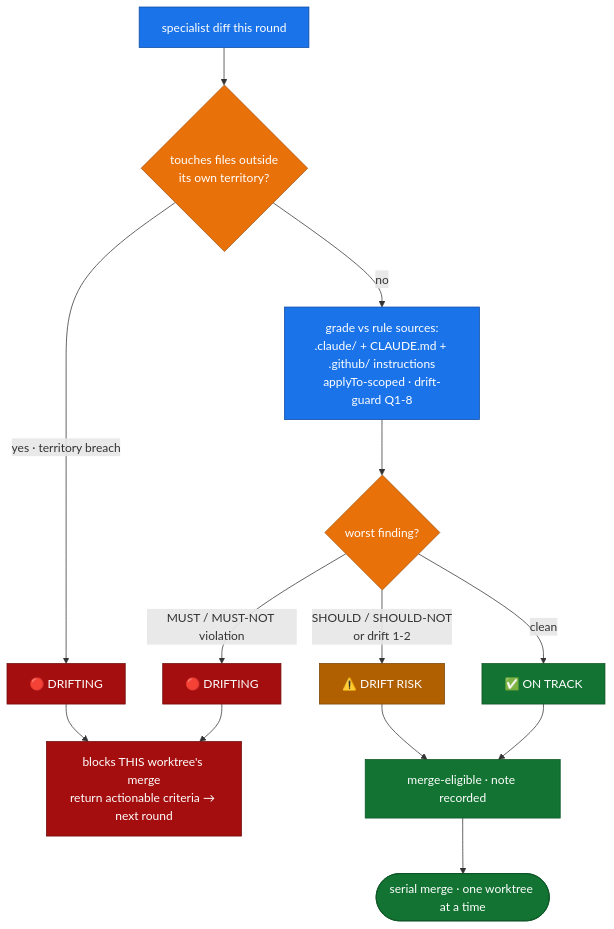
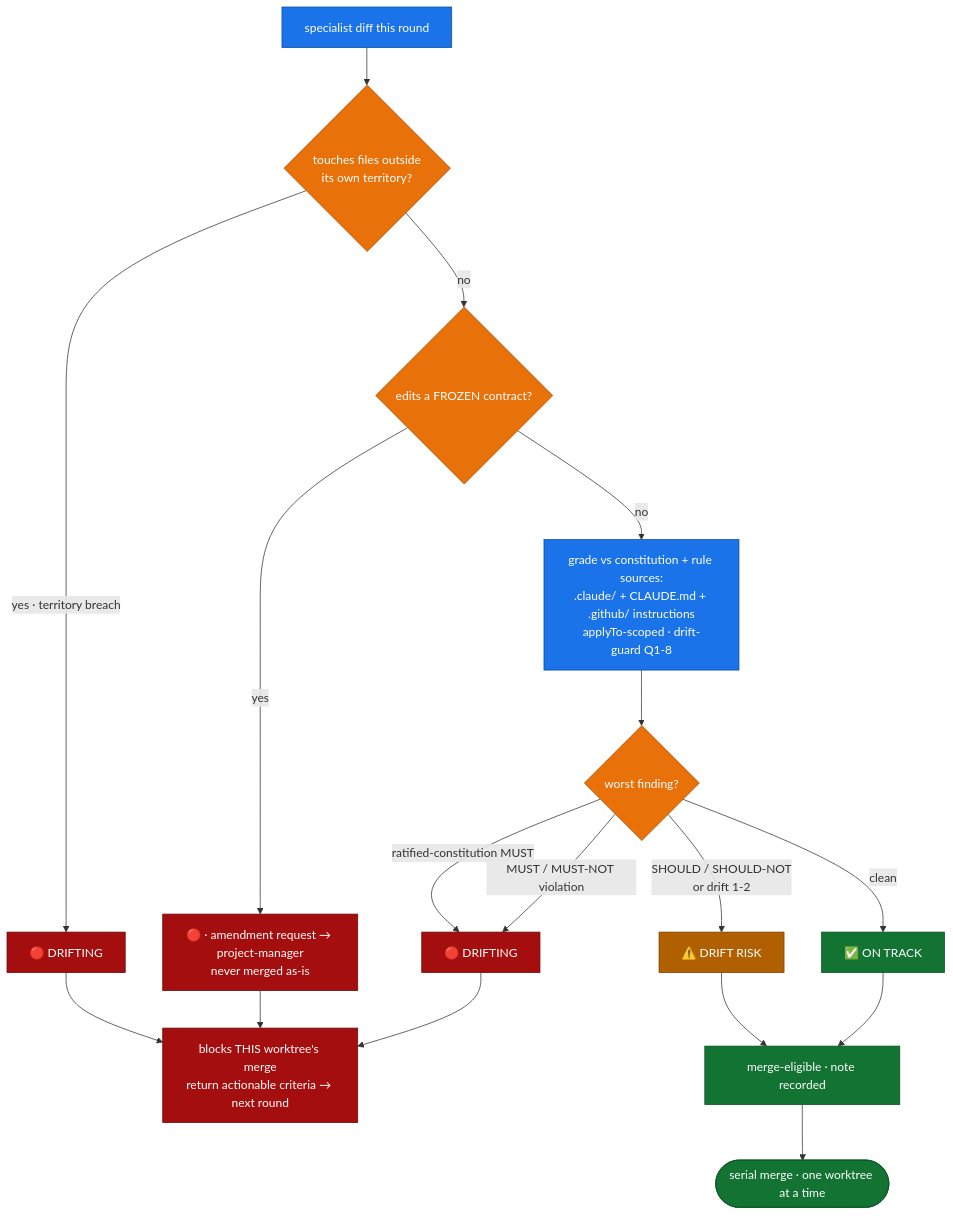
The second of 2 diagrams in plugins/codebase-intelligence/README.md (arturgomes/claude-code-toolkit), drawn with Mermaid before and after one commit. The commit also changed other lines of this file and 2 other files, not shown here.

````diff
--- a/plugins/codebase-intelligence/README.md
+++ b/plugins/codebase-intelligence/README.md
@@ -167,21 +193,25 @@
 ```mermaid
 flowchart TD
     D[specialist diff this round]:::gate --> TB{touches files outside<br/>its own territory?}:::decide
     TB -->|yes · territory breach| R1[🔴 DRIFTING]:::bad
-    TB -->|no| RULES[grade vs rule sources:<br/>.claude/ + CLAUDE.md + .github/ instructions<br/>applyTo-scoped · drift-guard Q1-8]:::gate
+    TB -->|no| FC{edits a FROZEN contract?}:::decide
+    FC -->|yes| R3[🔴 · amendment request → project-manager<br/>never merged as-is]:::bad
+    FC -->|no| RULES[grade vs constitution + rule sources:<br/>.claude/ + CLAUDE.md + .github/ instructions<br/>applyTo-scoped · drift-guard Q1-8]:::gate
     RULES --> SEV{worst finding?}:::decide
-    SEV -->|MUST / MUST-NOT violation| R2[🔴 DRIFTING]:::bad
+    SEV -->|ratified-constitution MUST| R2[🔴 DRIFTING]:::bad
+    SEV -->|MUST / MUST-NOT violation| R2
     SEV -->|SHOULD / SHOULD-NOT<br/>or drift 1-2| Y1[⚠️ DRIFT RISK]:::warn
     SEV -->|clean| G1[✅ ON TRACK]:::good
     R1 --> BLOCK[blocks THIS worktree's merge<br/>return actionable criteria → next round]:::bad
     R2 --> BLOCK
+    R3 --> BLOCK
     Y1 --> ELIG[merge-eligible · note recorded]:::good
     G1 --> ELIG
     ELIG --> SER([serial merge · one worktree at a time]):::done
     classDef gate fill:#1a73e8,stroke:#0b4aa2,color:#fff
     classDef decide fill:#e8710a,stroke:#a4530a,color:#fff
     classDef good fill:#137333,stroke:#0b5323,color:#fff
     classDef done fill:#137333,stroke:#0b5323,color:#fff
     classDef warn fill:#b06000,stroke:#7a4200,color:#fff
     classDef bad fill:#a50e0e,stroke:#6e0909,color:#fff
 ```
````
